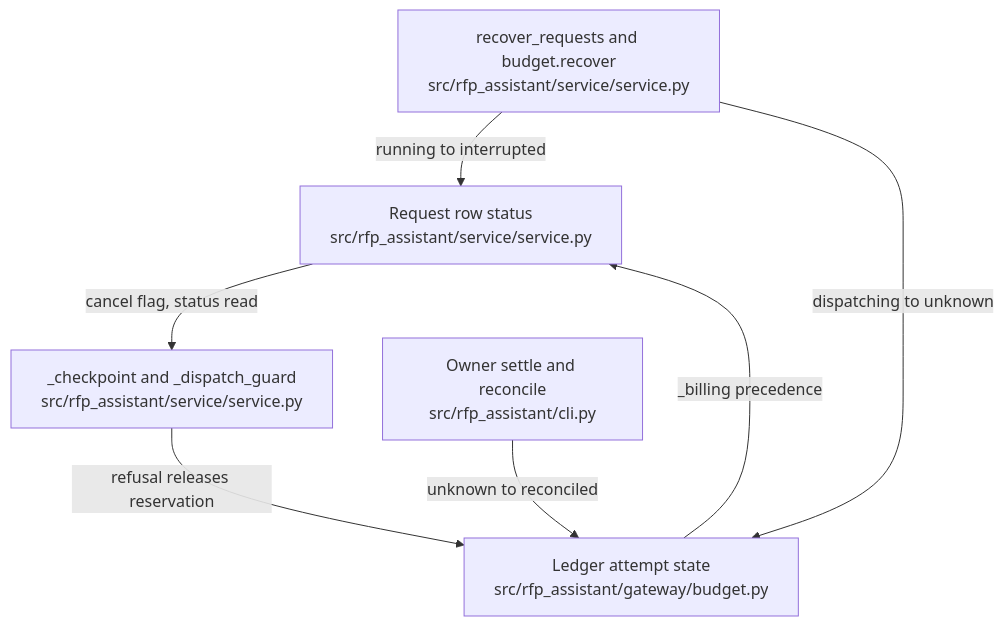
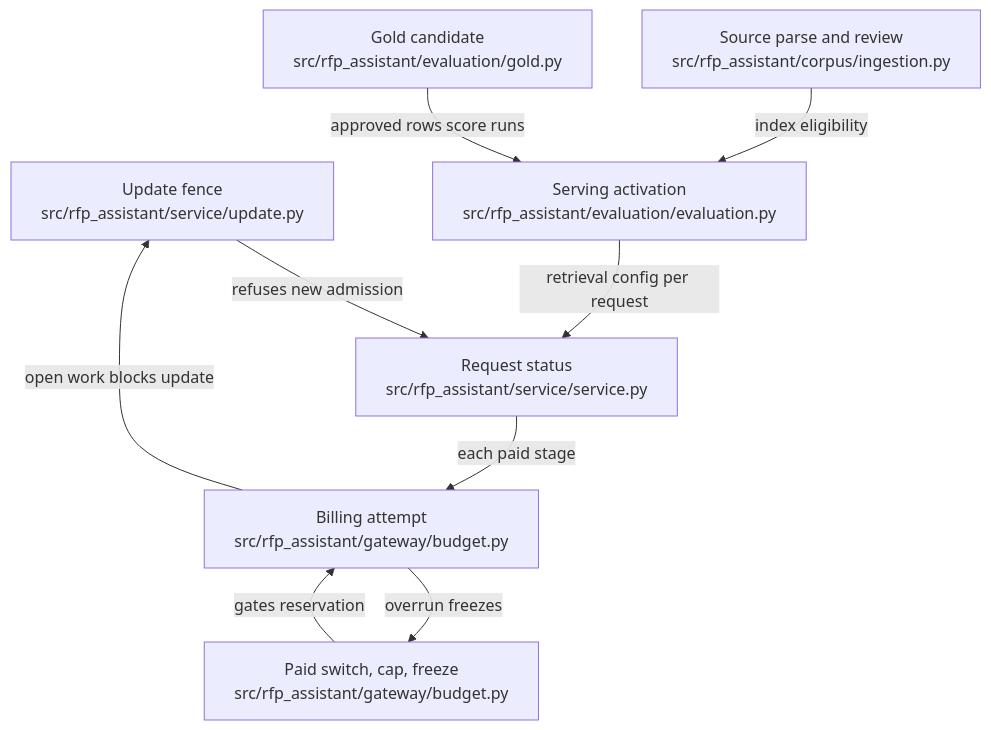
The diagram in .omm/state-transitions/diagram.mmd (littleeeeebit/project-codeit-mid), drawn with Mermaid before and after one commit. The commit also changed 398 other files, not shown here.

```diff
--- a/.omm/state-transitions/diagram.mmd
+++ b/.omm/state-transitions/diagram.mmd
@@ -1,12 +1,9 @@
 graph TD
-  request-states["Request row status\nsrc/rfp_assistant/service/service.py"]
-  attempt-states["Ledger attempt state\nsrc/rfp_assistant/gateway/budget.py"]
-  stop-checkpoint["_checkpoint and _dispatch_guard\nsrc/rfp_assistant/service/service.py"]
-  restart-recovery["recover_requests and budget.recover\nsrc/rfp_assistant/service/service.py"]
-  owner-reconcile["Owner settle and reconcile\nsrc/rfp_assistant/cli.py"]
-  request-states -->|"cancel flag, status read"| stop-checkpoint
-  stop-checkpoint -->|"refusal releases reservation"| attempt-states
-  attempt-states -->|"_billing precedence"| request-states
-  restart-recovery -->|"running to interrupted"| request-states
-  restart-recovery -->|"dispatching to unknown"| attempt-states
-  owner-reconcile -->|"unknown to reconciled"| attempt-states
+  update-fence["Update fence\nsrc/rfp_assistant/service/update.py"] -->|"refuses new admission"| request-status["Request status\nsrc/rfp_assistant/service/service.py"]
+  request-status -->|"each paid stage"| billing-attempt["Billing attempt\nsrc/rfp_assistant/gateway/budget.py"]
+  budget-control["Paid switch, cap, freeze\nsrc/rfp_assistant/gateway/budget.py"] -->|"gates reservation"| billing-attempt
+  billing-attempt -->|"overrun freezes"| budget-control
+  billing-attempt -->|"open work blocks update"| update-fence
+  source-review["Source parse and review\nsrc/rfp_assistant/corpus/ingestion.py"] -->|"index eligibility"| serving-activation["Serving activation\nsrc/rfp_assistant/evaluation/evaluation.py"]
+  gold-candidate["Gold candidate\nsrc/rfp_assistant/evaluation/gold.py"] -->|"approved rows score runs"| serving-activation
+  serving-activation -->|"retrieval config per request"| request-status
```
